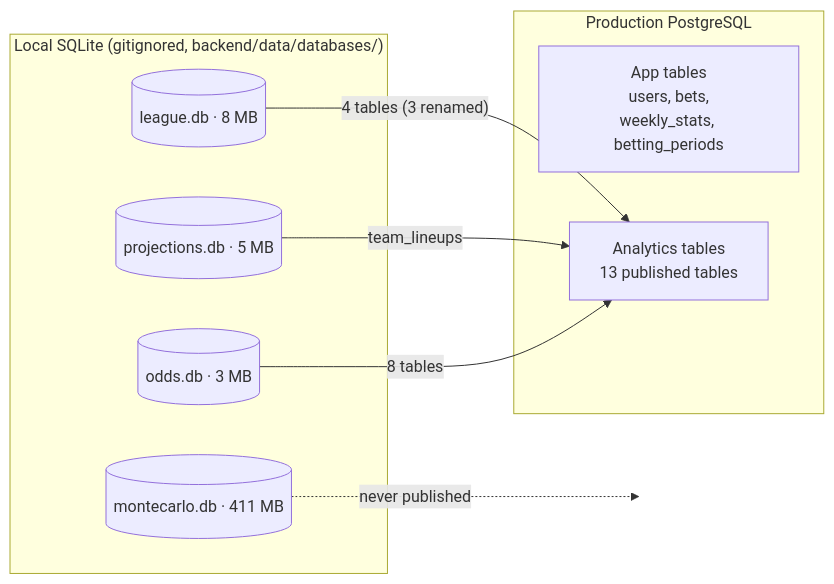
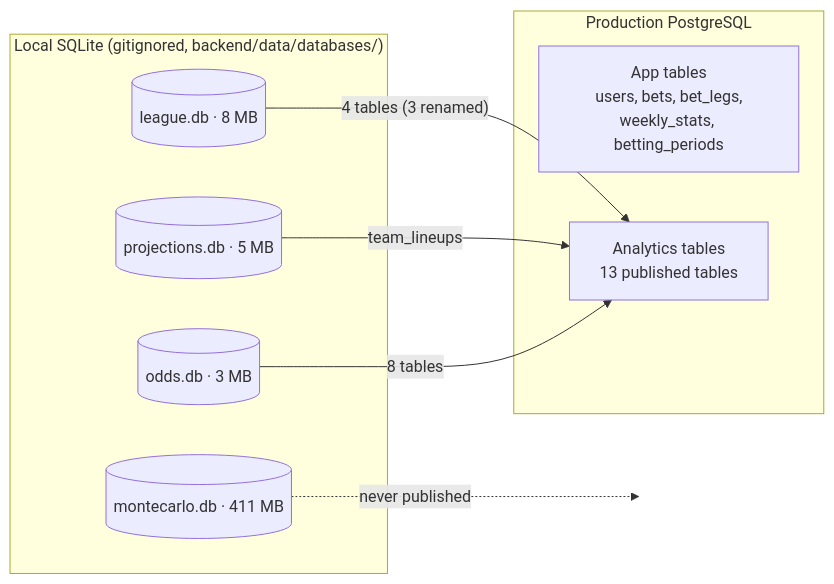
The first of 3 diagrams in docs/architecture/04-data-model.md (sfaizi24/TNCasino), drawn with Mermaid before and after one commit. The commit also changed other lines of this file and 3 other files, not shown here.

First line of the commit message:
Describe structured bets, market keys and the Futures tab in the architecture docs

````diff
--- a/docs/architecture/04-data-model.md
+++ b/docs/architecture/04-data-model.md
@@ -7,18 +7,18 @@
 ```mermaid
 flowchart LR
     subgraph SQLite["Local SQLite (gitignored, backend/data/databases/)"]
         L[(league.db · 8 MB)]
         P[(projections.db · 5 MB)]
         O[(odds.db · 3 MB)]
         M[(montecarlo.db · 411 MB)]
     end
     subgraph PG["Production PostgreSQL"]
-        APPT[App tables<br/>users, bets,<br/>weekly_stats, betting_periods]
+        APPT[App tables<br/>users, bets, bet_legs,<br/>weekly_stats, betting_periods]
         ANT[Analytics tables<br/>13 published tables]
     end
     L -- "4 tables (3 renamed)" --> ANT
     P -- team_lineups --> ANT
     O -- 8 tables --> ANT
     M -. never published .-> X[ ]
     style X fill:none,stroke:none
 ```
````
